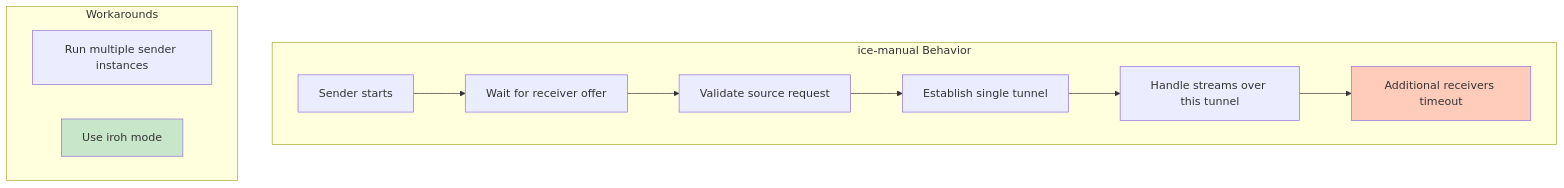
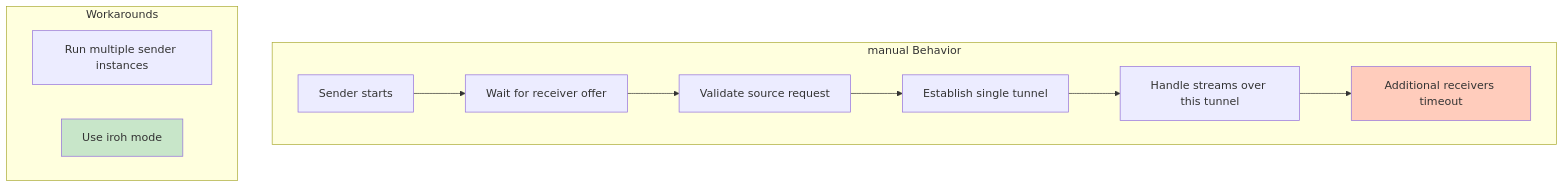
Before and after one commit to andrewtheguy/vpn-rs: diagram 35 of 35 in docs/ARCHITECTURE.md, drawn with Mermaid. The commit also changed other lines of this file and 8 other files, not shown here.

````diff
--- a/docs/ARCHITECTURE.md
+++ b/docs/ARCHITECTURE.md
@@ -1451,18 +1451,18 @@
 ```mermaid
 graph TB
-    subgraph "ice-manual Behavior"
+    subgraph "manual Behavior"
         A[Sender starts] --> B[Wait for receiver offer]
         B --> C[Validate source request]
         C --> D[Establish single tunnel]
         D --> E[Handle streams over this tunnel]
         E --> F[Additional receivers timeout]
     end
 
     subgraph "Workarounds"
         G[Run multiple sender instances]
         I[Use iroh mode]
     end
 
     style F fill:#FFCCBC
     style I fill:#C8E6C9
 ```
````
